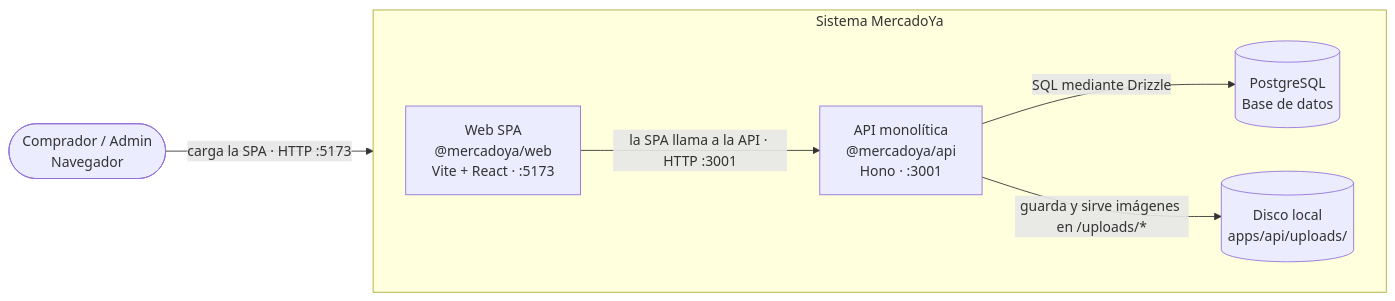
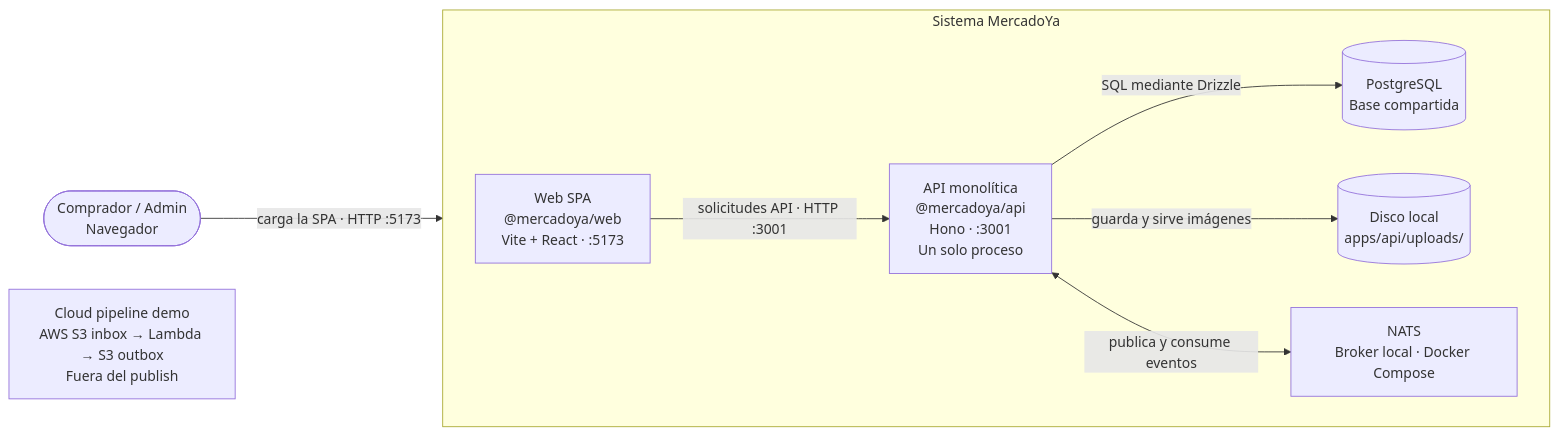
The diagram in docs/diagrams/c4-2-containers.md (rodrigop23/mercadoya-curso-asd), drawn with Mermaid before and after one commit. The commit also changed other lines of this file and 18 other files, not shown here.

Commit message:
chore: actualizar diagramas y adrs

````diff
--- a/docs/diagrams/c4-2-containers.md
+++ b/docs/diagrams/c4-2-containers.md
@@ -5,17 +5,21 @@
 ```mermaid
 flowchart LR
   browser(["Comprador / Admin<br/>Navegador"])
 
   subgraph mercadoya["Sistema MercadoYa"]
     direction LR
     web["Web SPA<br/>@mercadoya/web<br/>Vite + React · :5173"]
-    api["API monolítica<br/>@mercadoya/api<br/>Hono · :3001"]
-    postgres[("PostgreSQL<br/>Base de datos")]
+    api["API monolítica<br/>@mercadoya/api<br/>Hono · :3001<br/>Un solo proceso"]
+    postgres[("PostgreSQL<br/>Base compartida")]
     uploads[("Disco local<br/>apps/api/uploads/")]
+    nats["NATS<br/>Broker local · Docker Compose"]
   end
 
-  browser -->|"carga la SPA · HTTP :5173"| web
-  web -->|"la SPA llama a la API · HTTP :3001"| api
-  api -->|"SQL mediante Drizzle"| postgres
-  api -->|"guarda y sirve imágenes en /uploads/*"| uploads
+  cloud["Cloud pipeline demo<br/>AWS S3 inbox → Lambda → S3 outbox<br/>Fuera del publish"]
+
+  browser -->|carga la SPA · HTTP :5173| web
+  web -->|solicitudes API · HTTP :3001| api
+  api -->|SQL mediante Drizzle| postgres
+  api -->|guarda y sirve imágenes| uploads
+  api <-->|publica y consume eventos| nats
 ```
````
